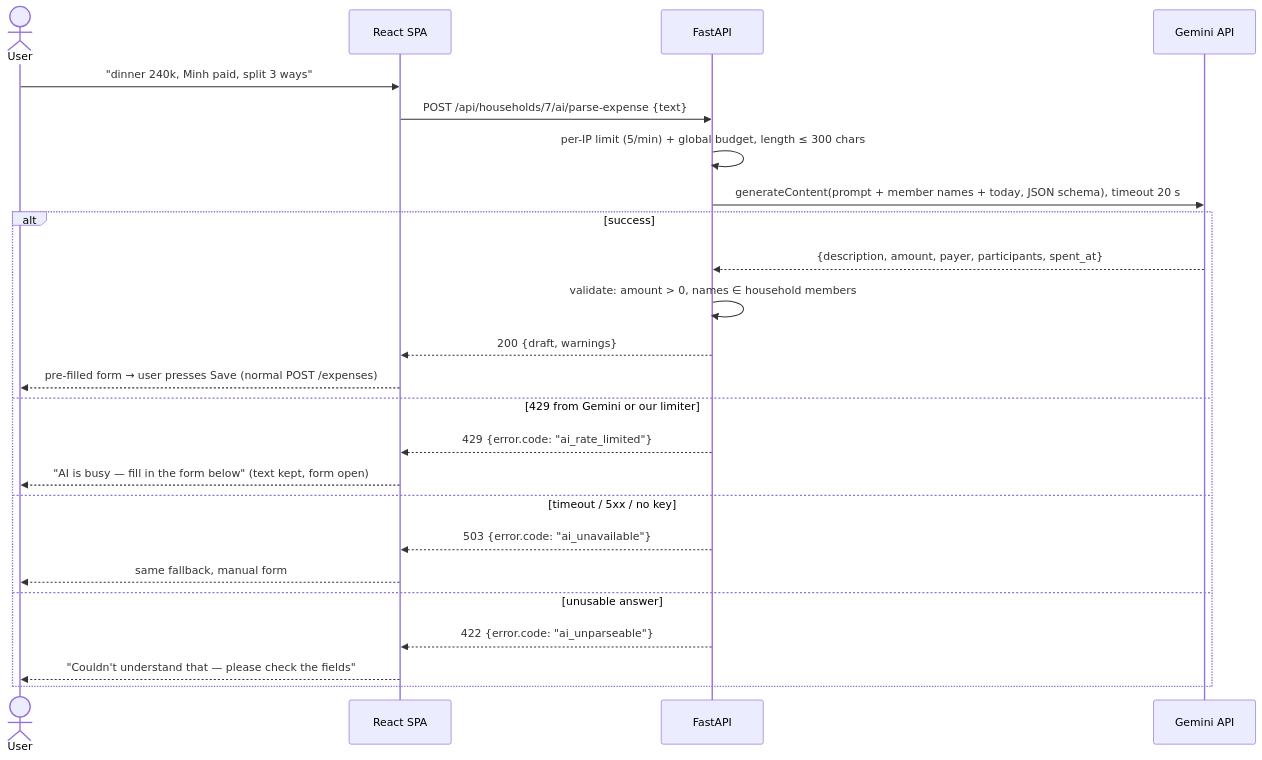
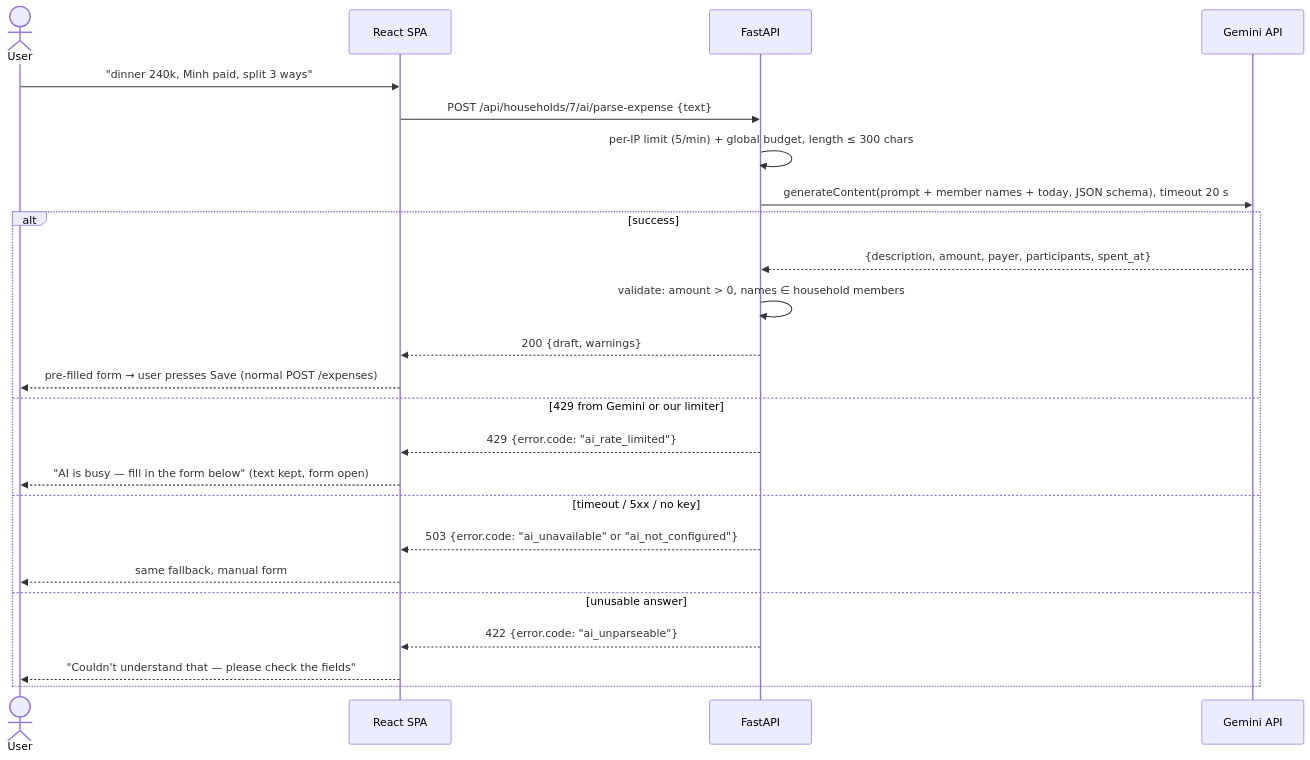
Before and after one commit to NeitLN/Fair-Share: the fourth of 5 diagrams in docs/ARCHITECTURE.md, drawn with Mermaid. The commit also changed other lines of this file and 9 other files, not shown here.

````diff
--- a/docs/ARCHITECTURE.md
+++ b/docs/ARCHITECTURE.md
@@ -256,26 +256,26 @@
 ```mermaid
 sequenceDiagram
     actor User
     participant SPA as React SPA
     participant API as FastAPI
     participant G as Gemini API
     User->>SPA: "dinner 240k, Minh paid, split 3 ways"
     SPA->>API: POST /api/households/7/ai/parse-expense {text}
     API->>API: per-IP limit (5/min) + global budget, length ≤ 300 chars
     API->>G: generateContent(prompt + member names + today, JSON schema), timeout 20 s
     alt success
         G-->>API: {description, amount, payer, participants, spent_at}
         API->>API: validate: amount > 0, names ∈ household members
         API-->>SPA: 200 {draft, warnings}
         SPA-->>User: pre-filled form → user presses Save (normal POST /expenses)
     else 429 from Gemini or our limiter
         API-->>SPA: 429 {error.code: "ai_rate_limited"}
         SPA-->>User: "AI is busy — fill in the form below" (text kept, form open)
     else timeout / 5xx / no key
-        API-->>SPA: 503 {error.code: "ai_unavailable"}
+        API-->>SPA: 503 {error.code: "ai_unavailable" or "ai_not_configured"}
         SPA-->>User: same fallback, manual form
     else unusable answer
         API-->>SPA: 422 {error.code: "ai_unparseable"}
         SPA-->>User: "Couldn't understand that — please check the fields"
     end
 ```
````
